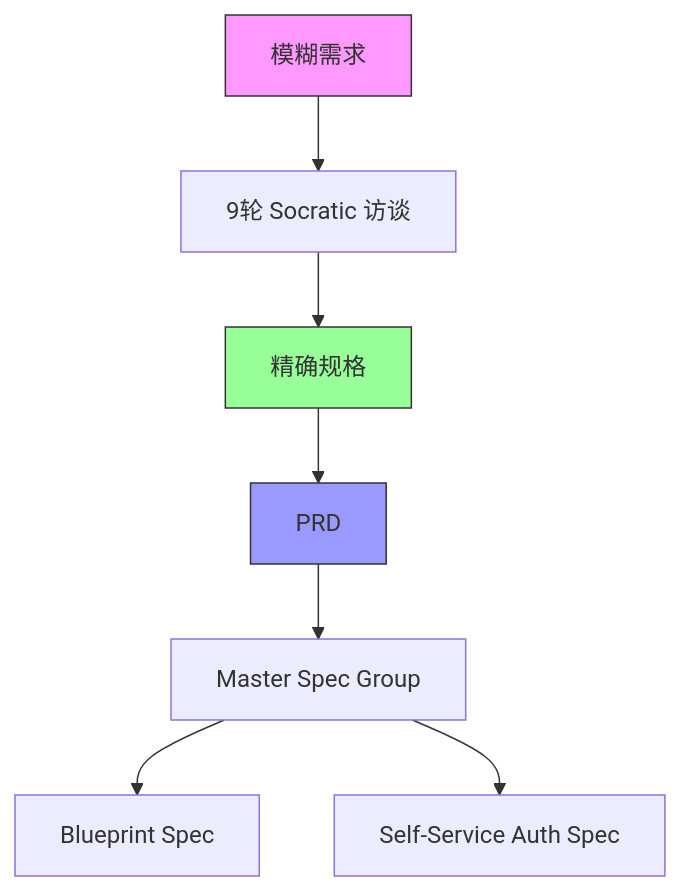
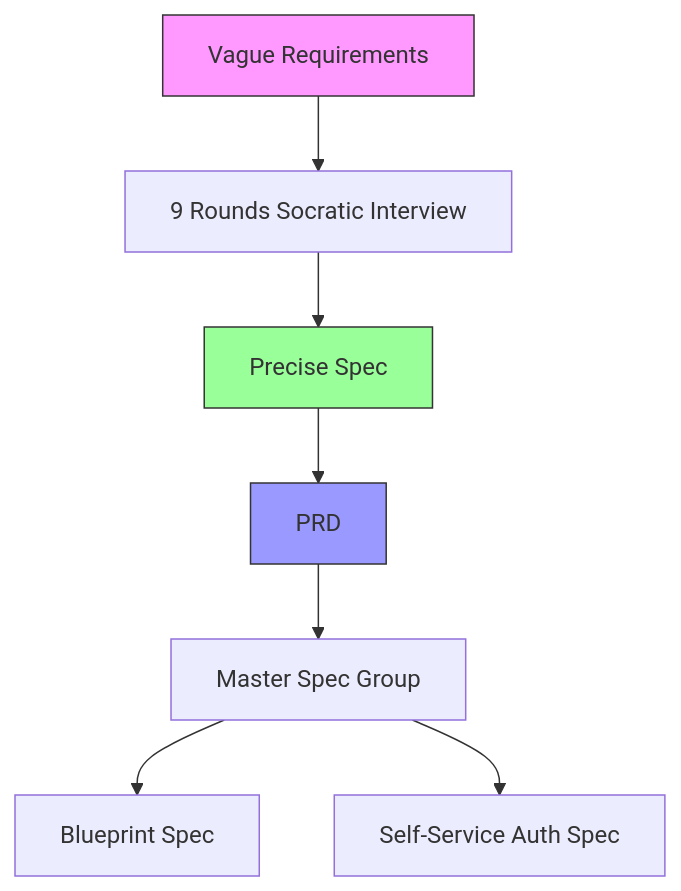
Before and after one commit to pty819/llm-gateway-docs: the diagram in docs/source/journey/interview.md, drawn with Mermaid. The commit also changed other lines of this file and 18 other files, not shown here.

First line of the commit message:
Fix RST directives and mermaid syntax in MD files

````diff
--- a/docs/source/journey/interview.md
+++ b/docs/source/journey/interview.md
@@ -100,13 +100,13 @@
 ```{mermaid}
 graph TD
-    Q[模糊需求] --> I1[9轮 Socratic 访谈]
-    I1 --> S[精确规格]
+    Q[Vague Requirements] --> I1[9 Rounds Socratic Interview]
+    I1 --> S[Precise Spec]
     S --> P[PRD]
     P --> M[Master Spec Group]
     M --> G1[Blueprint Spec]
     M --> G2[Self-Service Auth Spec]
 
     style Q fill:#f9f,stroke:#333
     style S fill:#9f9,stroke:#333
     style P fill:#99f,stroke:#333
 ```
````
